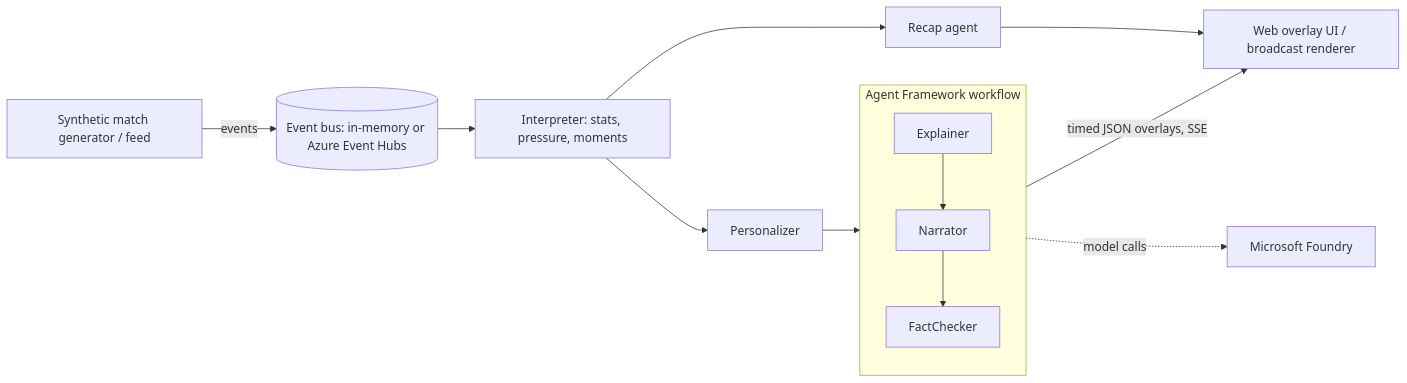
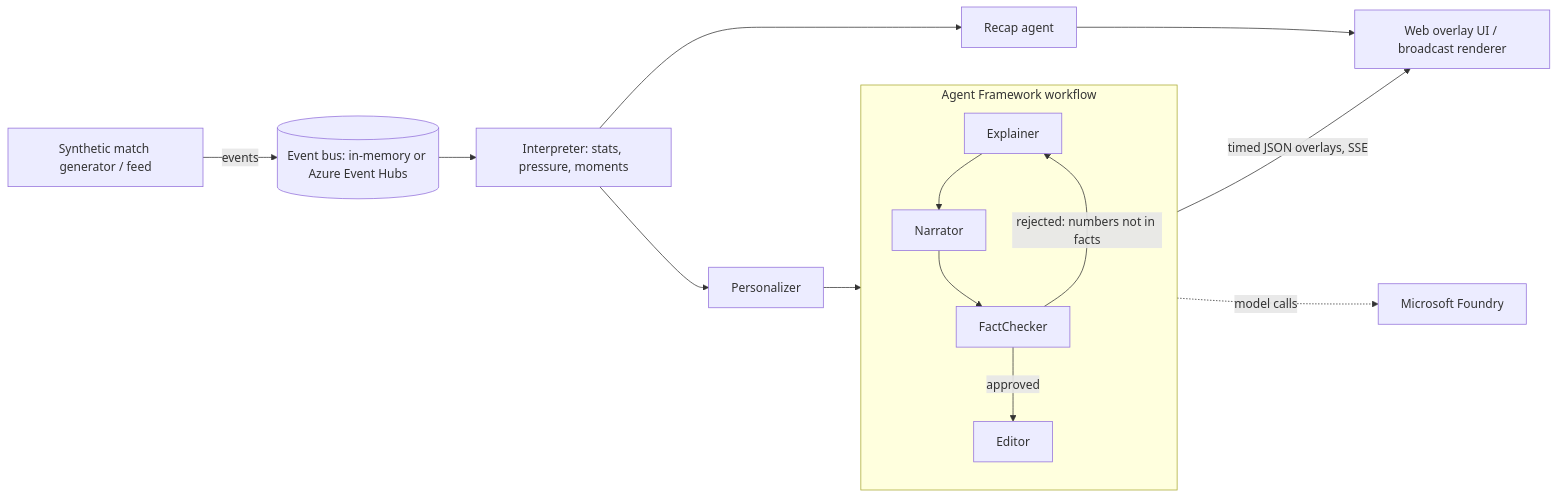
Before and after one commit to izzatonline/inside-the-game-ai: the diagram in README.md, drawn with Mermaid. The commit also changed other lines of this file and 37 other files, not shown here.

````diff
--- a/README.md
+++ b/README.md
@@ -29,13 +38,15 @@
 ```mermaid
 flowchart LR
   G[Synthetic match generator / feed] -->|events| B[(Event bus: in-memory or Azure Event Hubs)]
   B --> I[Interpreter: stats, pressure, moments]
   I --> P[Personalizer]
   P --> W
   subgraph W[Agent Framework workflow]
     E[Explainer] --> N[Narrator] --> F[FactChecker]
+    F -->|rejected: numbers not in facts| E
+    F -->|approved| D[Editor]
   end
   W -->|timed JSON overlays, SSE| U[Web overlay UI / broadcast renderer]
   W -.->|model calls| M[Microsoft Foundry]
   I --> R[Recap agent] --> U
 ```
````
